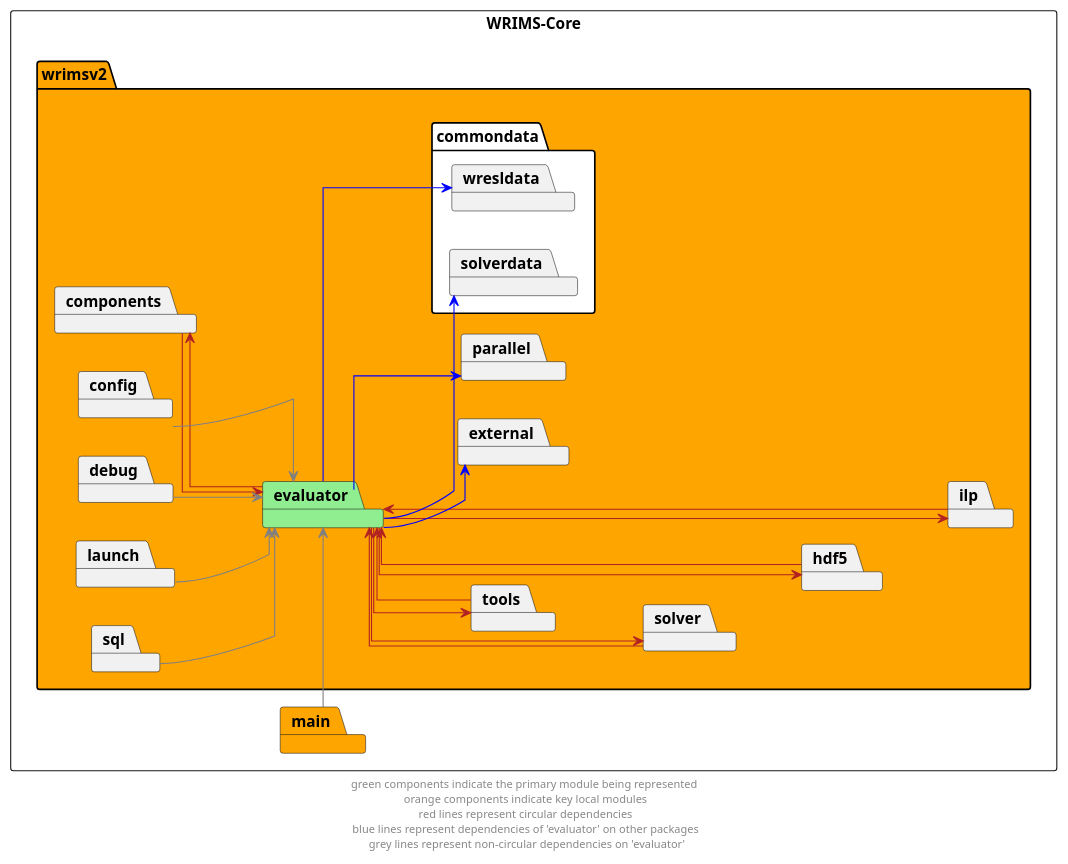
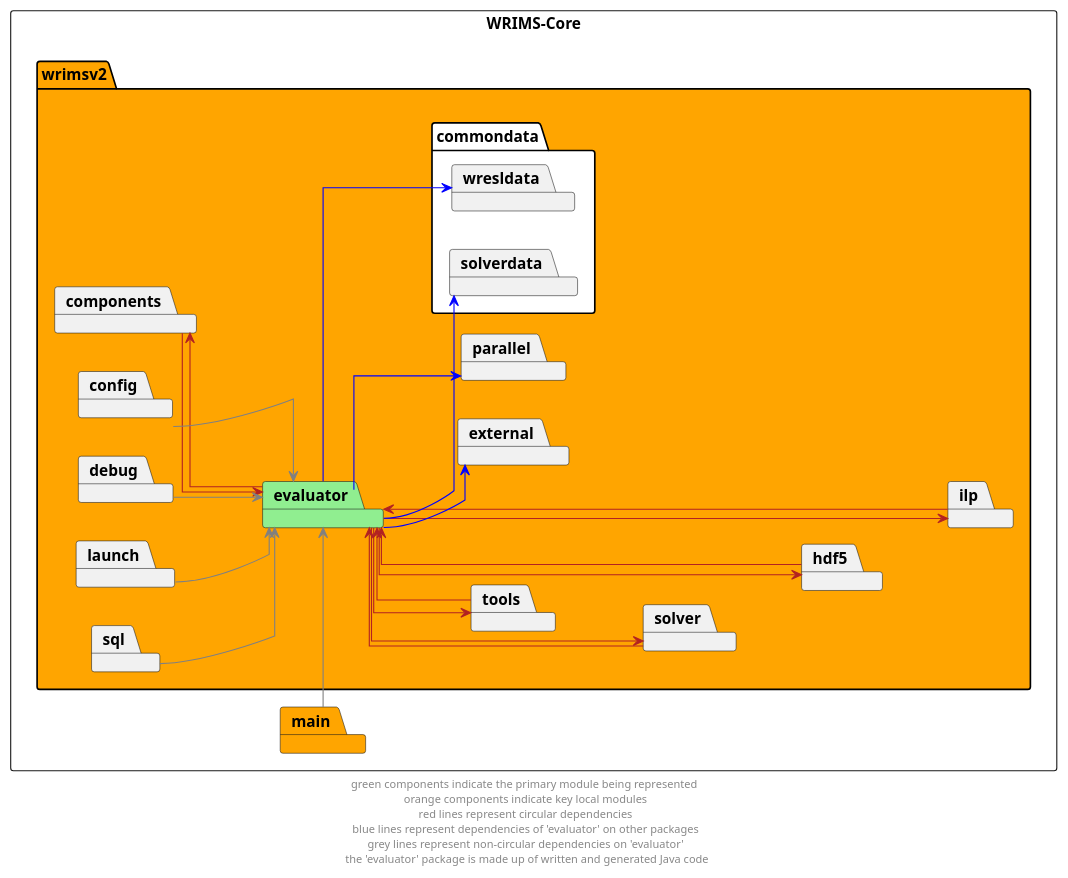
Before and after one commit to CentralValleyModeling/wrims: the diagram in docs/diagrams/wrims-core/wrims-core_evaluator.puml, drawn with PlantUML. The commit also changed 35 other files, not shown here.

Commit message:
Added note about generated code for evaluator package

```diff
--- a/docs/diagrams/wrims-core/wrims-core_evaluator.puml
+++ b/docs/diagrams/wrims-core/wrims-core_evaluator.puml
@@ -1,58 +1,58 @@
 @startuml
 left to right direction
 skinparam linetype ortho
 
 rectangle wrims_core as "WRIMS-Core"{
     package wrimsv2  #orange {
         package evaluator #lightgreen
         package commondata #white {
                 package wresldata
                 package solverdata
 
         }
         package components
         package config
         package debug
         package external
         package launch
         package parallel
         package hdf5
         package ilp
         package solver
         package sql
         package tools
 
     }
 package main #orange
 }
 
 evaluator --> components #firebrick
 components -r-> evaluator #firebrick
 evaluator --> hdf5 #firebrick
 hdf5 --> evaluator  #firebrick
 evaluator --> ilp #firebrick
 ilp --> evaluator  #firebrick
 evaluator --> solver #firebrick
 solver -left-> evaluator  #firebrick
 evaluator --> tools #firebrick
 tools --> evaluator  #firebrick
 
 evaluator --> external #blue
 evaluator --> parallel #blue
 evaluator --> solverdata #blue
 evaluator --> wresldata #blue
 
 config --> evaluator  #grey
 debug --> evaluator  #grey
 launch --> evaluator  #grey
 sql --> evaluator  #grey
 main -l-> evaluator  #grey
 
 ' The following relationships are hidden and used to format the diagram. They do not represent actual dependencies.
 components -up[hidden]-> ilp
 ilp -up[hidden]-> hdf5
 hdf5 -up[hidden]-> solver
 solver -up[hidden]-> tools
 
-footer "green components indicate the primary module being represented \n orange components indicate key local modules \n red lines represent circular dependencies \n blue lines represent dependencies of 'evaluator' on other packages \n grey lines represent non-circular dependencies on 'evaluator'"
+footer "green components indicate the primary module being represented \n orange components indicate key local modules \n red lines represent circular dependencies \n blue lines represent dependencies of 'evaluator' on other packages \n grey lines represent non-circular dependencies on 'evaluator' \n the 'evaluator' package is made up of written and generated Java code"
 @enduml
```
